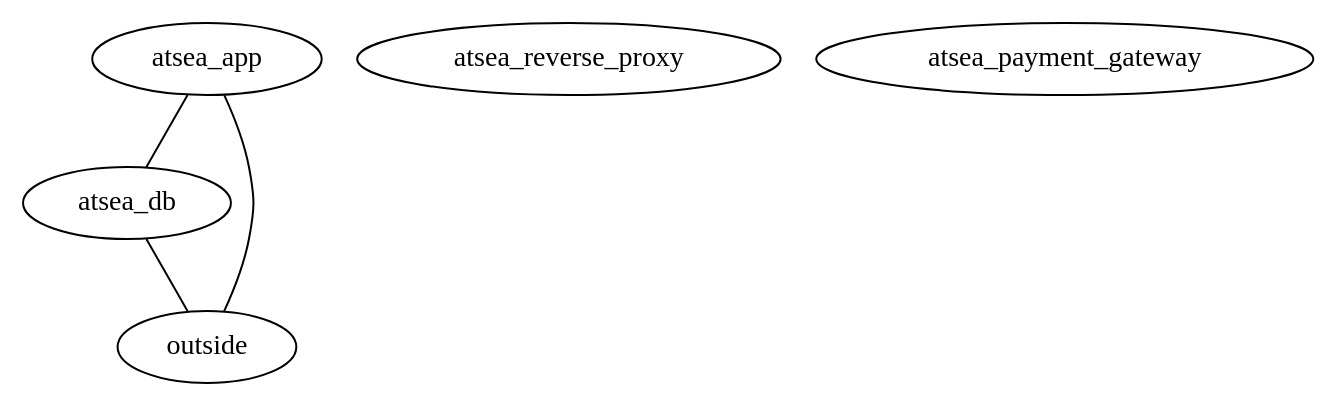
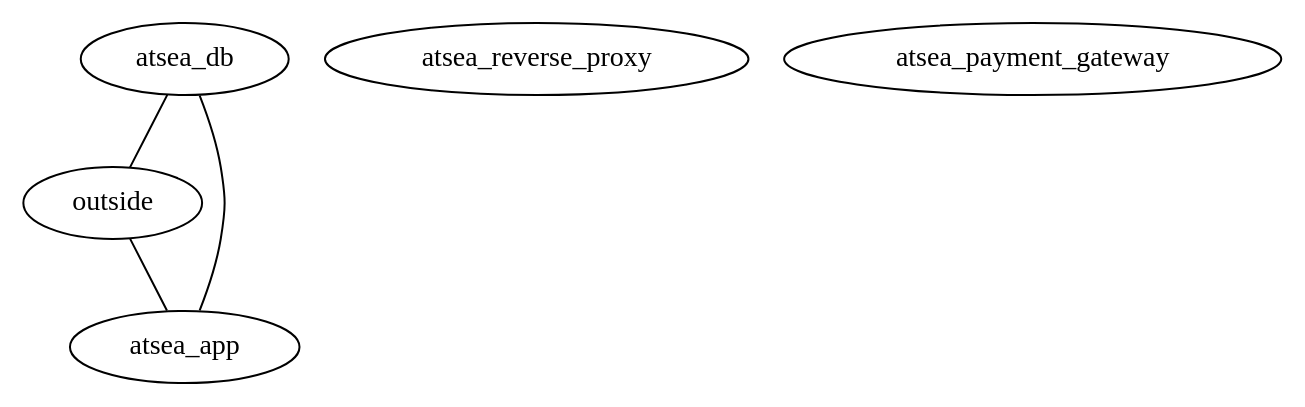
The diagram in System/examples-results/atsea/topology_graph.dot (tum-i4/attack-graph-generator), drawn with Graphviz before and after one commit. The commit also changed 23 other files, not shown here.

```diff
--- a/System/examples-results/atsea/topology_graph.dot
+++ b/System/examples-results/atsea/topology_graph.dot
@@ -1,11 +1,11 @@
 // Topology Graph
 graph {
+	atsea_db
+	outside
+	atsea_reverse_proxy
 	atsea_app
-	atsea_reverse_proxy
-	atsea_db
 	atsea_payment_gateway
-	outside
-	atsea_app -- atsea_db [contstraint=false]
+	atsea_db -- atsea_app [contstraint=false]
 	atsea_db -- outside [contstraint=false]
-	atsea_app -- outside [contstraint=false]
+	outside -- atsea_app [contstraint=false]
 }
```
